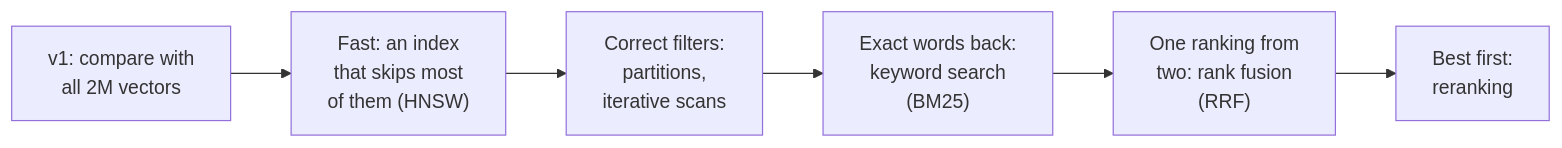
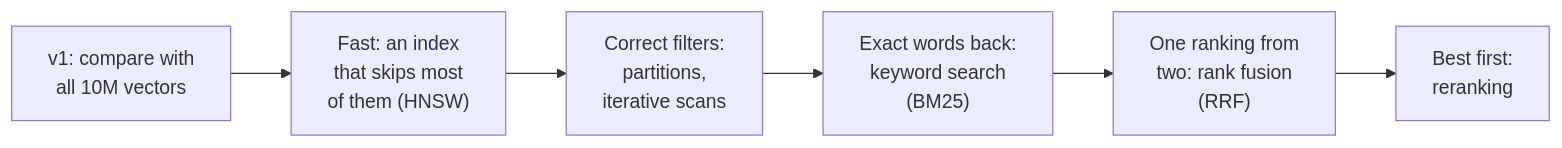
One commit to shubamchaudhary/CodeNITW changed the first of 9 diagrams in src/Data/aiStackDocs/CH-03.md. Above: the diagram before and after it, drawn with Mermaid. The commit also changed other lines of this file and 32 other files, not shown here.

````diff
--- a/src/Data/aiStackDocs/CH-03.md
+++ b/src/Data/aiStackDocs/CH-03.md
@@ -9,8 +10,8 @@
 ```mermaid
 flowchart LR
-    A["v1: compare with<br/>all 2M vectors"] --> B["Fast: an index<br/>that skips most<br/>of them (HNSW)"]
+    A["v1: compare with<br/>all 10M vectors"] --> B["Fast: an index<br/>that skips most<br/>of them (HNSW)"]
     B --> C["Correct filters:<br/>partitions,<br/>iterative scans"]
     C --> D["Exact words back:<br/>keyword search<br/>(BM25)"]
     D --> E["One ranking from<br/>two: rank fusion<br/>(RRF)"]
     E --> F["Best first:<br/>reranking"]
 ```
````
